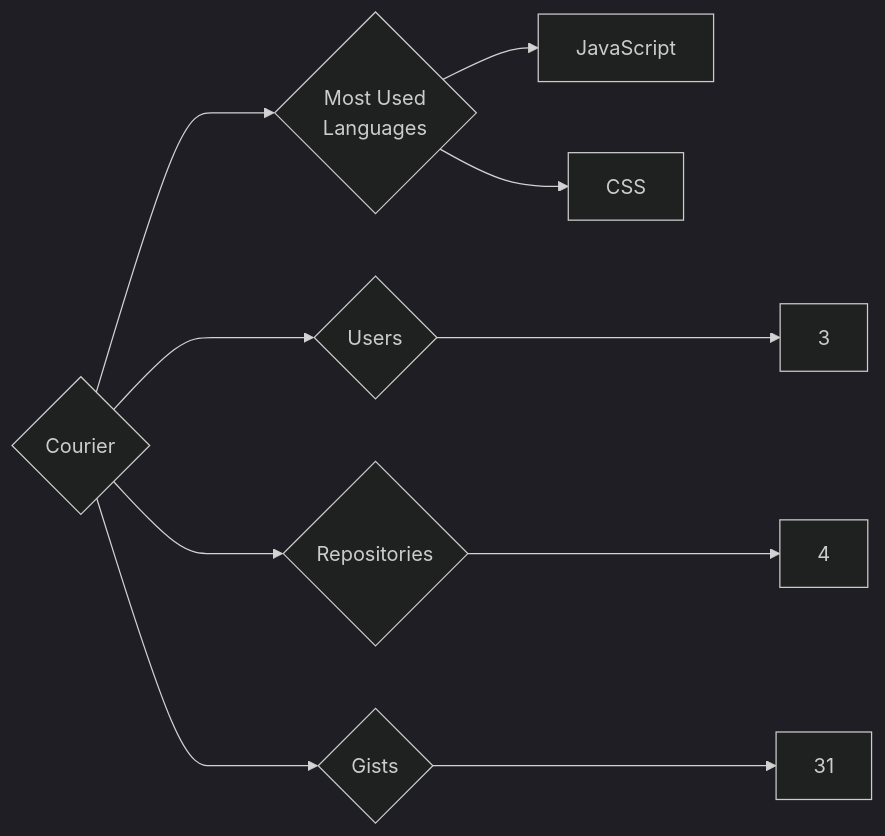
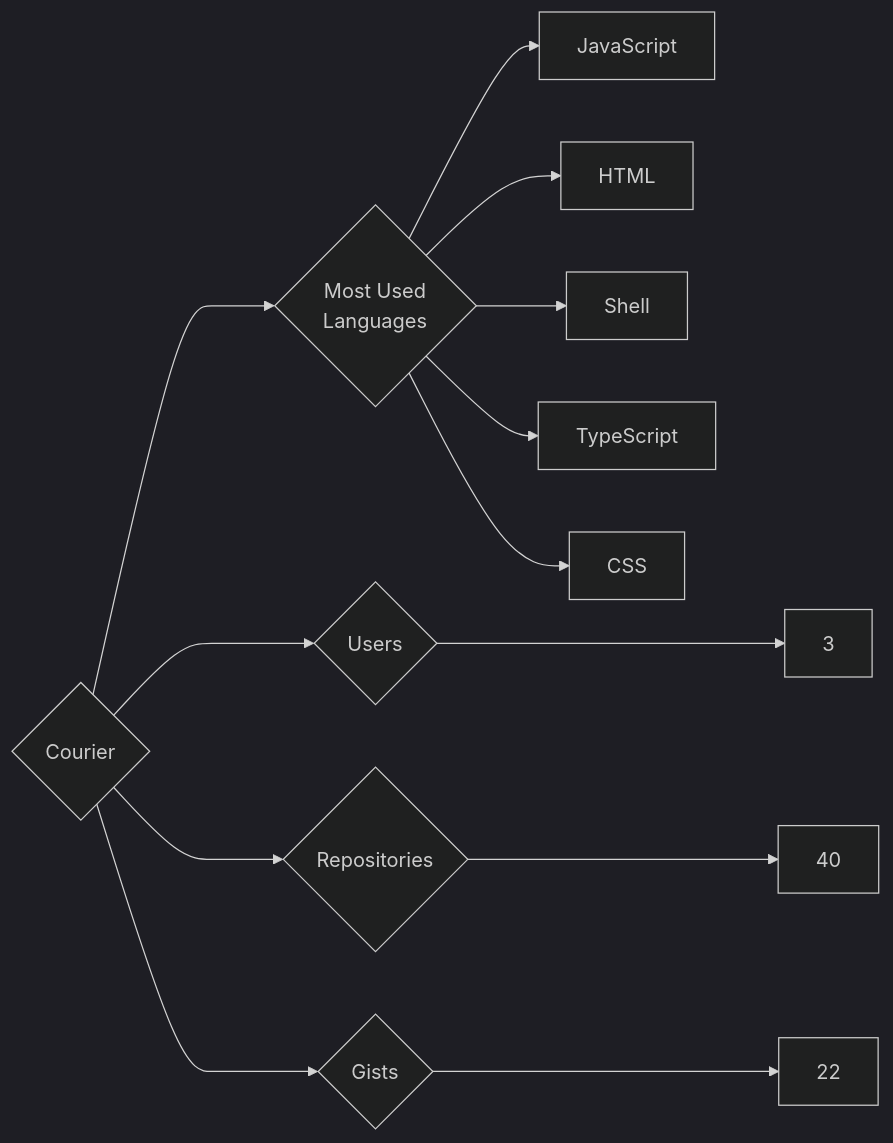
Before and after one commit to trickest/insiders: the diagram in targets/Courier/README.md, drawn with Mermaid (dark theme). The commit also changed 618 other files, not shown here.

````diff
--- a/targets/Courier/README.md
+++ b/targets/Courier/README.md
@@ -3,10 +3,13 @@
 ```mermaid
 graph LR
 COMPANY_NAME{Courier}
 COMPANY_NAME ---> U{Users} ---> UN[3]
-COMPANY_NAME ---> R{Repositories} ---> RN[4]
-COMPANY_NAME ---> G{Gists} ---> GN[31]
+COMPANY_NAME ---> R{Repositories} ---> RN[40]
+COMPANY_NAME ---> G{Gists} ---> GN[22]
 COMPANY_NAME ---> ML{Most Used<br>Languages}
 ML --> JavaScript[JavaScript]
+ML --> HTML[HTML]
+ML --> Shell[Shell]
+ML --> TypeScript[TypeScript]
 ML --> CSS[CSS]
 ```
````
